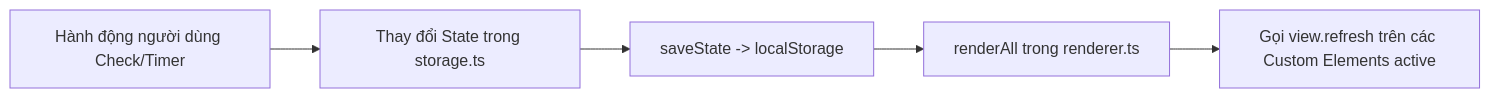
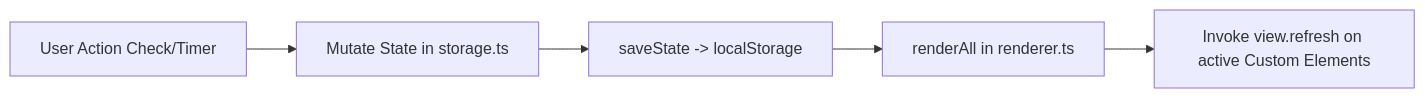
One commit to thaihuynhquang/AI_Engineer_LangChain_Roadmap_2026 changed the diagram in docs/guides/architecture_guide.md. Above: the diagram before and after it, drawn with Mermaid. The commit also changed other lines of this file and 4 other files, not shown here.

````diff
--- a/docs/guides/architecture_guide.md
+++ b/docs/guides/architecture_guide.md
@@ -86,7 +86,7 @@
 ```mermaid
 graph LR
-    UserAction[Hành động người dùng Check/Timer] --> MutateState[Thay đổi State trong storage.ts]
+    UserAction[User Action Check/Timer] --> MutateState[Mutate State in storage.ts]
     MutateState --> SaveStorage[saveState -> localStorage]
-    SaveStorage --> TriggerRender[renderAll trong renderer.ts]
-    TriggerRender --> RefreshViews[Gọi view.refresh trên các Custom Elements active]
+    SaveStorage --> TriggerRender[renderAll in renderer.ts]
+    TriggerRender --> RefreshViews[Invoke view.refresh on active Custom Elements]
 ```
````
